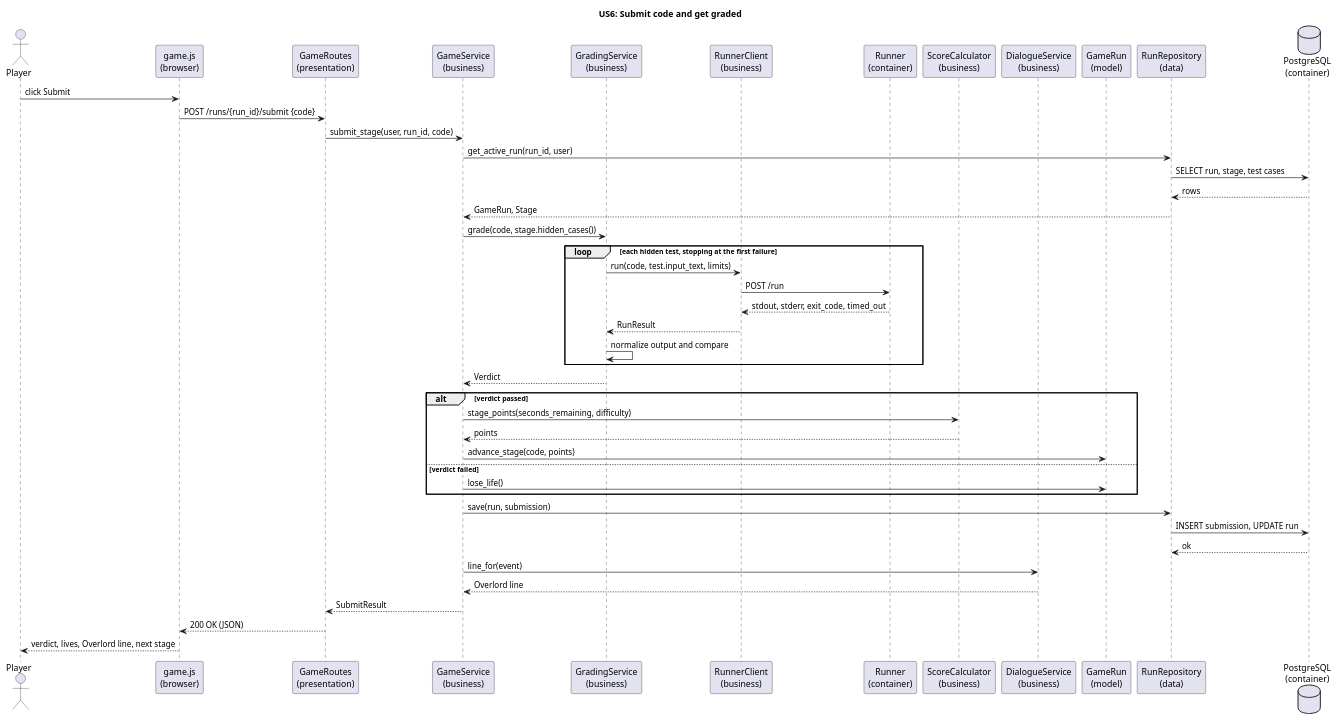
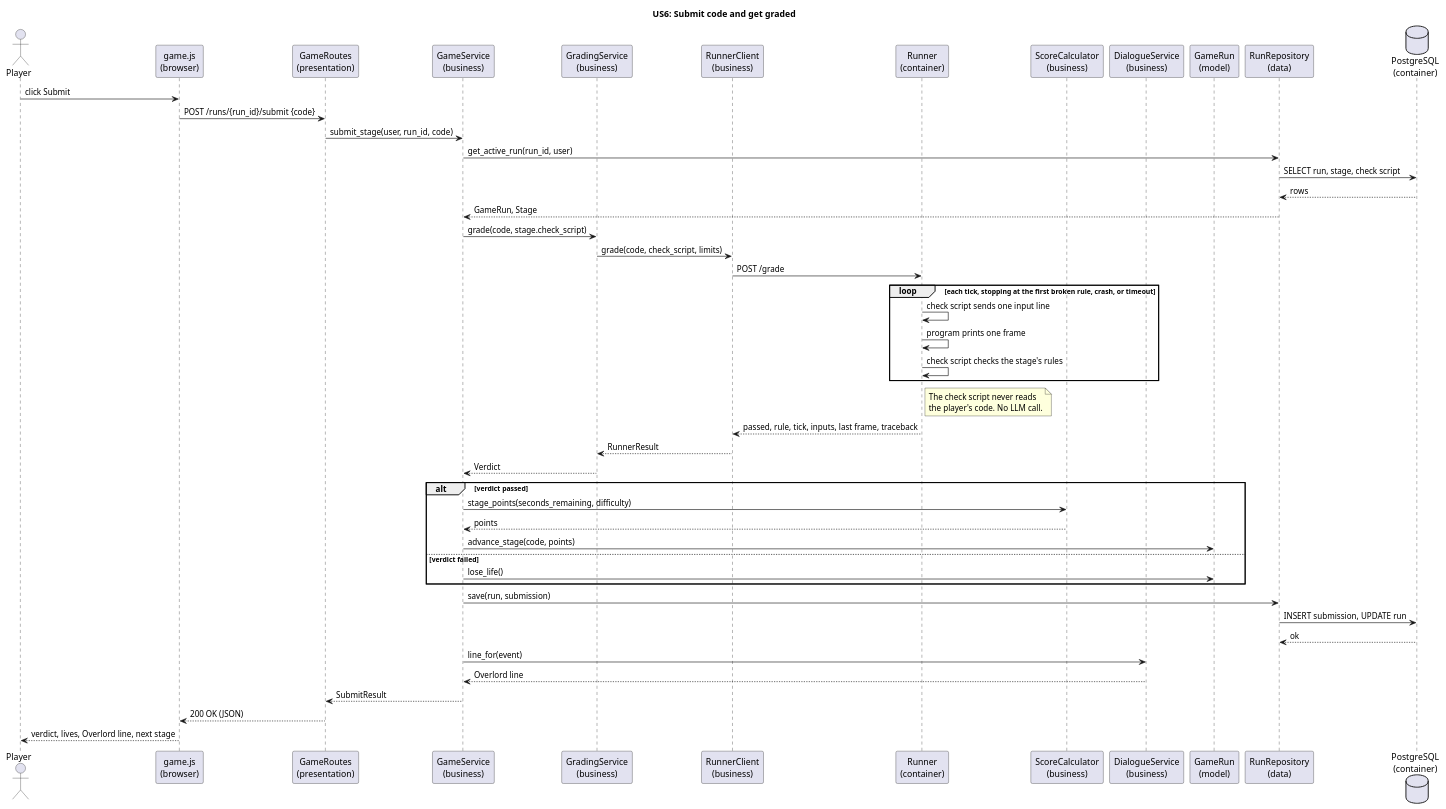
The diagram in uml/sequence-US6.wsd (msu-denver/rokos-tasks), drawn with PlantUML before and after one commit. The commit also changed 14 other files, not shown here.

First line of the commit message:
docs: remove output-comparison grading, optional-LLM text, and board steps (#25)

```diff
--- a/uml/sequence-US6.wsd
+++ b/uml/sequence-US6.wsd
@@ -1,61 +1,64 @@
 @startuml sequence-US6
 ' File: sequence-US6.wsd
 ' Description: Sequence diagram for US6 (Submit code and get graded),
 '     showing how a submission moves through the presentation, business
 '     logic, and data access layers and the sandbox runner container.
 ' Author(s): <team member names>
 
 title US6: Submit code and get graded
 
 actor Player
 participant "game.js\n(browser)" as JS
 participant "GameRoutes\n(presentation)" as Routes
 participant "GameService\n(business)" as Game
 participant "GradingService\n(business)" as Grading
 participant "RunnerClient\n(business)" as RunnerClient
 participant "Runner\n(container)" as Runner
 participant "ScoreCalculator\n(business)" as Score
 participant "DialogueService\n(business)" as Dialogue
 participant "GameRun\n(model)" as Run
 participant "RunRepository\n(data)" as Repo
 database "PostgreSQL\n(container)" as DB
 
 Player -> JS : click Submit
 JS -> Routes : POST /runs/{run_id}/submit {code}
 Routes -> Game : submit_stage(user, run_id, code)
 
 Game -> Repo : get_active_run(run_id, user)
-Repo -> DB : SELECT run, stage, test cases
+Repo -> DB : SELECT run, stage, check script
 DB --> Repo : rows
 Repo --> Game : GameRun, Stage
 
-Game -> Grading : grade(code, stage.hidden_cases())
-loop each hidden test, stopping at the first failure
-    Grading -> RunnerClient : run(code, test.input_text, limits)
-    RunnerClient -> Runner : POST /run
-    Runner --> RunnerClient : stdout, stderr, exit_code, timed_out
-    RunnerClient --> Grading : RunResult
-    Grading -> Grading : normalize output and compare
+Game -> Grading : grade(code, stage.check_script)
+Grading -> RunnerClient : grade(code, check_script, limits)
+RunnerClient -> Runner : POST /grade
+loop each tick, stopping at the first broken rule, crash, or timeout
+    Runner -> Runner : check script sends one input line
+    Runner -> Runner : program prints one frame
+    Runner -> Runner : check script checks the stage's rules
 end
+note right of Runner : The check script never reads\nthe player's code. No LLM call.
+Runner --> RunnerClient : passed, rule, tick, inputs, last frame, traceback
+RunnerClient --> Grading : RunnerResult
 Grading --> Game : Verdict
 
 alt verdict passed
     Game -> Score : stage_points(seconds_remaining, difficulty)
     Score --> Game : points
     Game -> Run : advance_stage(code, points)
 else verdict failed
     Game -> Run : lose_life()
 end
 
 Game -> Repo : save(run, submission)
 Repo -> DB : INSERT submission, UPDATE run
 DB --> Repo : ok
 
 Game -> Dialogue : line_for(event)
 Dialogue --> Game : Overlord line
 
 Game --> Routes : SubmitResult
 Routes --> JS : 200 OK (JSON)
 JS --> Player : verdict, lives, Overlord line, next stage
 
 @enduml
```
